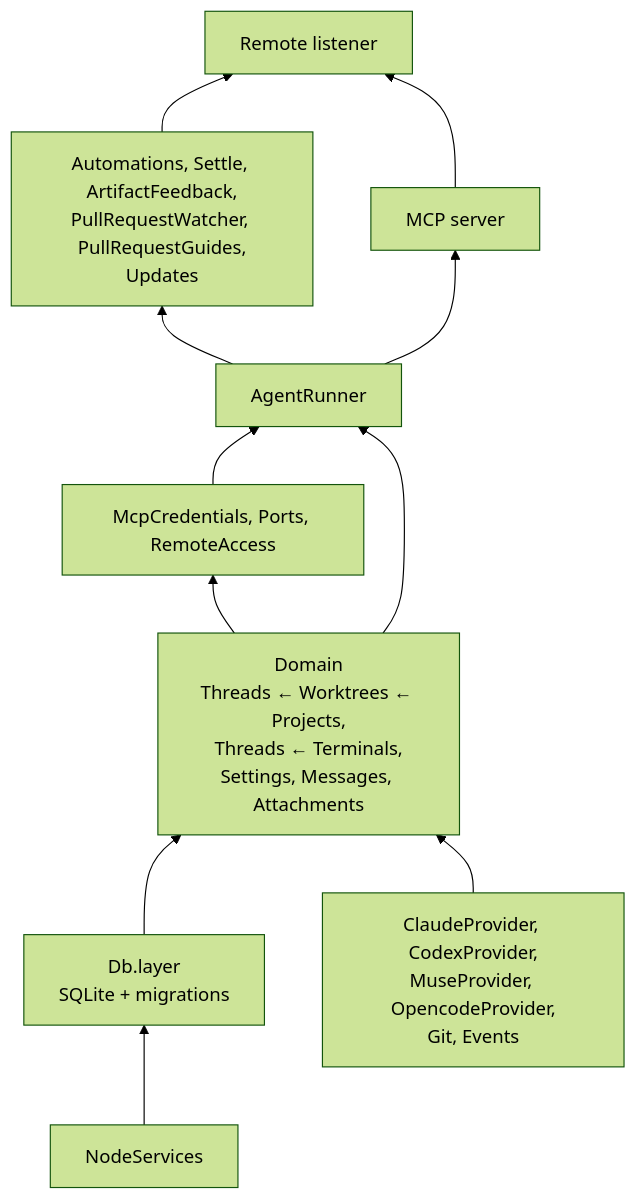
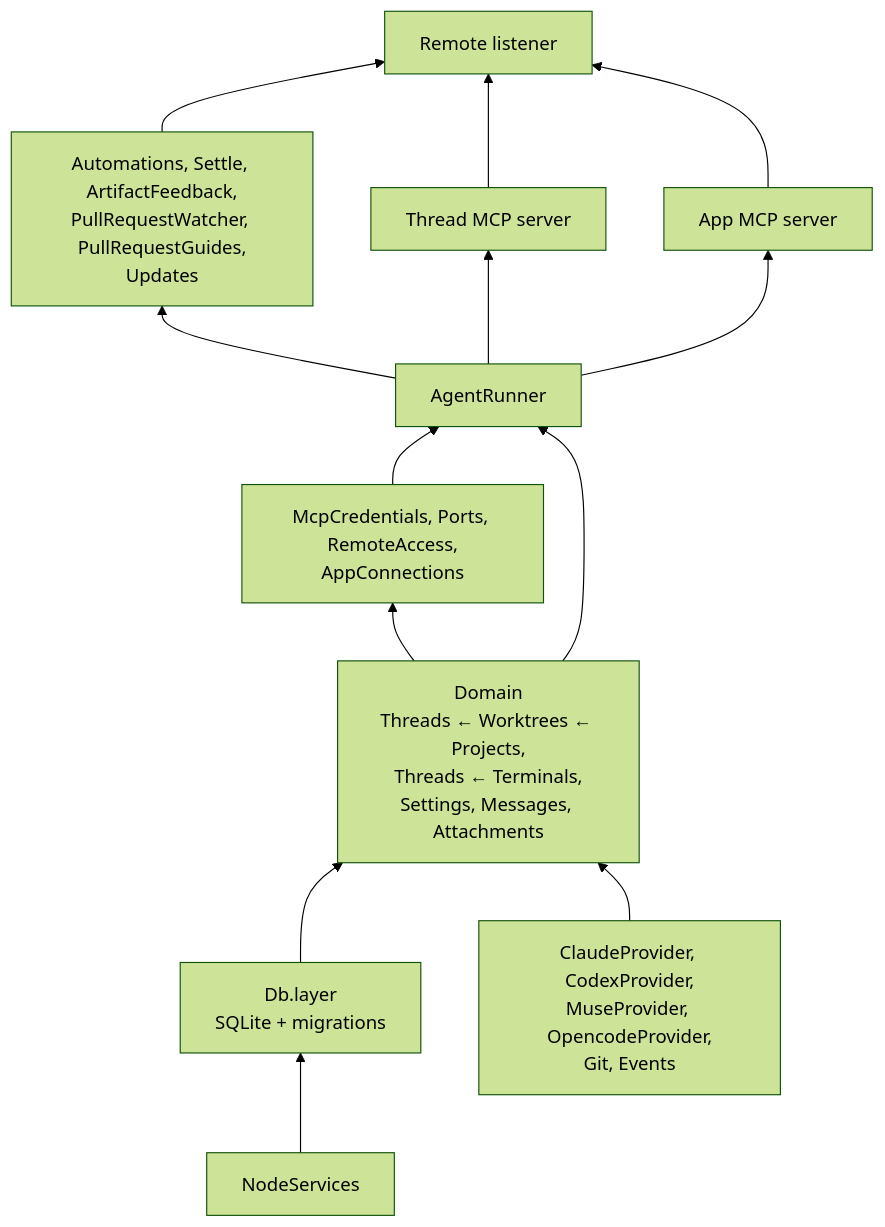
Before and after one commit to hinadev-ai/hinacode: the fourth of 20 diagrams in docs/arch.md, drawn with Mermaid (forest theme). The commit also changed other lines of this file and 44 other files, not shown here.

First line of the commit message:
feat(apps): let outside apps drive HinaCode over MCP (#730)

````diff
--- a/docs/arch.md
+++ b/docs/arch.md
@@ -126,20 +134,22 @@
 ```mermaid
 flowchart BT
   node["NodeServices"]
   db["Db.layer<br/>SQLite + migrations"]
   infra["ClaudeProvider, CodexProvider,<br/>MuseProvider, OpencodeProvider,<br/>Git, Events"]
   domain["Domain<br/>Threads ← Worktrees ← Projects,<br/>Threads ← Terminals,<br/>Settings, Messages, Attachments"]
-  features["McpCredentials, Ports, RemoteAccess"]
+  features["McpCredentials, Ports, RemoteAccess,<br/>AppConnections"]
   runner["AgentRunner"]
   autos["Automations, Settle, ArtifactFeedback,<br/>PullRequestWatcher, PullRequestGuides,<br/>Updates"]
-  mcp["MCP server"]
+  mcp["Thread MCP server"]
+  apps["App MCP server"]
   remote["Remote listener"]
 
   node --> db --> domain
   infra --> domain
   domain --> features --> runner
   domain --> runner
   runner --> autos
   runner --> mcp
-  autos & mcp --> remote
+  runner --> apps
+  autos & mcp & apps --> remote
 ```
````
